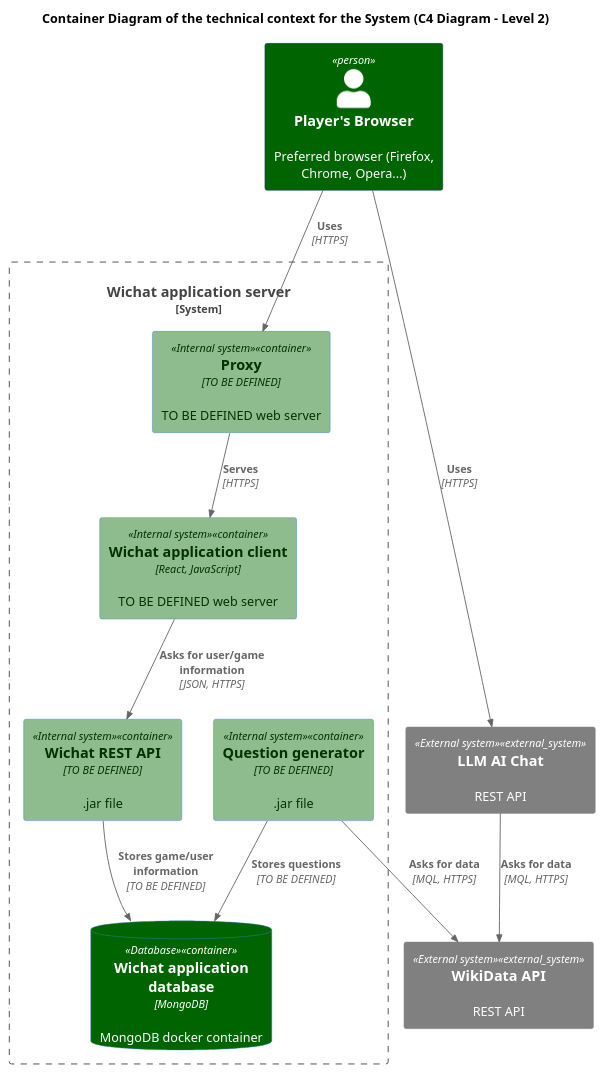
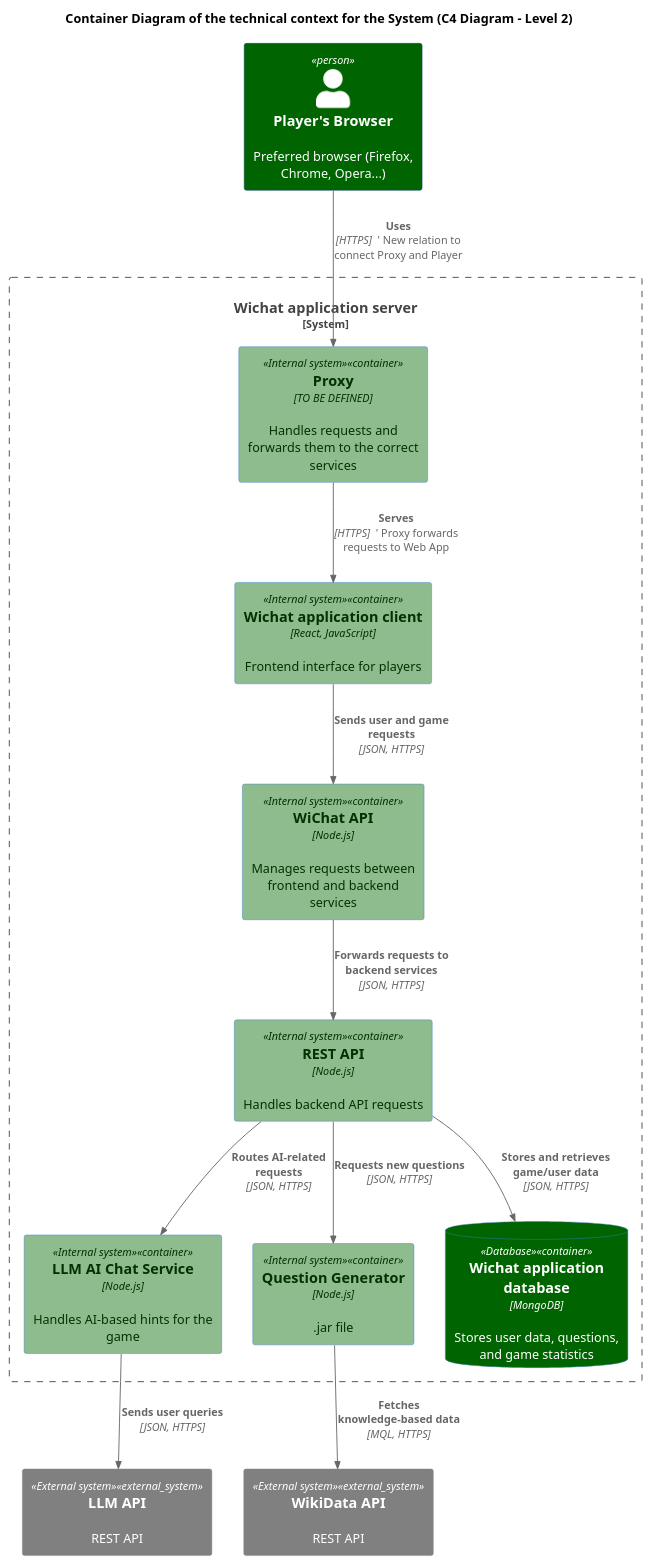
Before and after one commit to Arquisoft/wichat_en1a: the diagram in docs/src/diagrams/C4_technical_context_diagram.puml, drawn with PlantUML. The commit also changed other lines of this file and 3 other files, not shown here.

Commit message:
docs: Third draft of the 9th section of the documentation (Architecture Decisions)

```diff
--- a/docs/src/diagrams/C4_technical_context_diagram.puml
+++ b/docs/src/diagrams/C4_technical_context_diagram.puml
@@ -1,33 +1,42 @@
 @startuml C4_Technical_Context_Diagram
 !includeurl https://raw.githubusercontent.com/RicardoNiepel/C4-PlantUML/master/C4_Container.puml
 !include <c4/C4_Context.puml>
 
 title Container Diagram of the technical context for the System (C4 Diagram - Level 2)
 AddElementTag("Person", $bgColor="#darkgreen", $fontColor="#white")
 AddElementTag("Internal system", $bgColor="#darkseagreen", $fontColor="#003300")
 AddElementTag("External system", $bgColor="#gray", $fontColor="#white")
 AddElementTag("Database", $bgColor="#darkgreen", $fontColor="#white")
 
 'Containers
-Person(player, Player's Browser, "Preferred browser (Firefox, Chrome, Opera...)")
+Person(player, "Player's Browser", "Preferred browser (Firefox, Chrome, Opera...)")
 
-System_Boundary(wichat, "Wichat application server"){
-    Container(proxy, "Proxy", "TO BE DEFINED", "TO BE DEFINED web server", $tags="Internal system")
-    Container(web_app, "Wichat application client", "React, JavaScript", "TO BE DEFINED web server", $tags="Internal system")
-    Container(backend_api, "Wichat REST API", "TO BE DEFINED", ".jar file", $tags="Internal system")
-    Container(question_generator, "Question generator", "TO BE DEFINED", ".jar file", $tags="Internal system")
-    ContainerDb(database, "Wichat application database", "MongoDB", "MongoDB docker container", $tags="Database")
+System_Boundary(wichat, "Wichat application server") {
+    Container(proxy, "Proxy", "TO BE DEFINED", "Handles requests and forwards them to the correct services", $tags="Internal system")
+    Container(web_app, "Wichat application client", "React, JavaScript", "Frontend interface for players", $tags="Internal system")
+
+    Container(api_gateway, "WiChat API", "Node.js", "Manages requests between frontend and backend services", $tags="Internal system")
+    Container(rest_api, "REST API", "Node.js", "Handles backend API requests", $tags="Internal system")
+
+    Container(llm_service, "LLM AI Chat Service", "Node.js", "Handles AI-based hints for the game", $tags="Internal system")
+    Container(question_generator, "Question Generator", "Node.js", ".jar file", $tags="Internal system")
+
+    ContainerDb(database, "Wichat application database", "MongoDB", "Stores user data, questions, and game statistics", $tags="Database")
 }
+
 System_Ext(wikidata, "WikiData API", "REST API", $tags="External system")
-System_Ext(llm, "LLM AI Chat", "REST API", $tags="External system")
+System_Ext(llm_api, "LLM API", "REST API", $tags="External system")
 
 'RELATIONS
-Rel(player, proxy, "Uses", "HTTPS")
-Rel(player, llm, "Uses", "HTTPS")
-Rel(proxy, web_app, "Serves", "HTTPS")
-Rel(question_generator, wikidata, "Asks for data", "MQL, HTTPS")
-Rel(llm, wikidata, "Asks for data", "MQL, HTTPS")
-Rel(web_app, backend_api, "Asks for user/game information", "JSON, HTTPS")
-Rel(question_generator, database, "Stores questions", "TO BE DEFINED")
-Rel(backend_api, database, "Stores game/user information", "TO BE DEFINED")
+Rel(player, proxy, "Uses", "HTTPS")  ' New relation to connect Proxy and Player
+Rel(proxy, web_app, "Serves", "HTTPS")  ' Proxy forwards requests to Web App
+Rel(web_app, api_gateway, "Sends user and game requests", "JSON, HTTPS")
+Rel(api_gateway, rest_api, "Forwards requests to backend services", "JSON, HTTPS")
+
+Rel(rest_api, llm_service, "Routes AI-related requests", "JSON, HTTPS")
+Rel(rest_api, database, "Stores and retrieves game/user data", "JSON, HTTPS")
+Rel(rest_api, question_generator, "Requests new questions", "JSON, HTTPS")
+
+Rel(question_generator, wikidata, "Fetches knowledge-based data", "MQL, HTTPS")
+Rel(llm_service, llm_api, "Sends user queries", "JSON, HTTPS")
 @enduml
```
